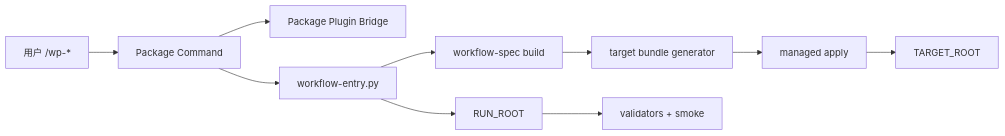
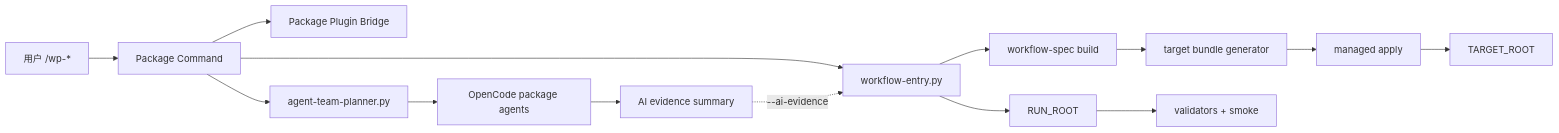
The first of 6 diagrams in design/opencode-v2-lowlevel-design.md (Logic70/workflowprogram-opencode), drawn with Mermaid before and after one commit. The commit also changed other lines of this file and 26 other files, not shown here.

````diff
--- a/design/opencode-v2-lowlevel-design.md
+++ b/design/opencode-v2-lowlevel-design.md
@@ -121,12 +112,16 @@
 ```mermaid
 graph LR
     U["用户 /wp-*"] --> C["Package Command"]
     C --> P["Package Plugin Bridge"]
+    C --> ATP["agent-team-planner.py"]
+    ATP --> A["OpenCode package agents"]
+    A --> AE["AI evidence summary"]
     C --> E["workflow-entry.py"]
+    AE -. "--ai-evidence" .-> E
     E --> S["workflow-spec build"]
     S --> B["target bundle generator"]
     B --> M["managed apply"]
     M --> T["TARGET_ROOT"]
     E --> R["RUN_ROOT"]
     R --> V["validators + smoke"]
 ```
````
